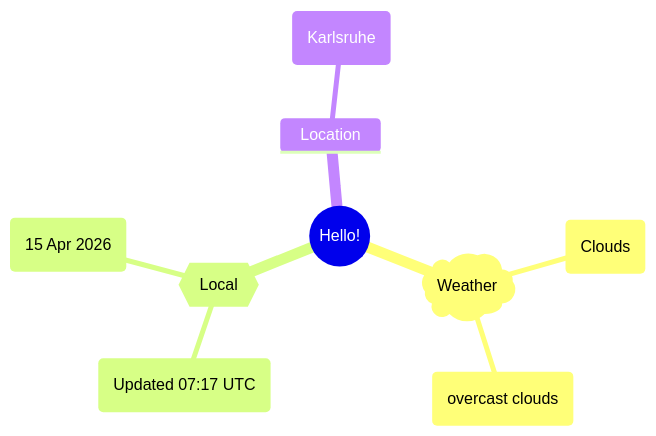
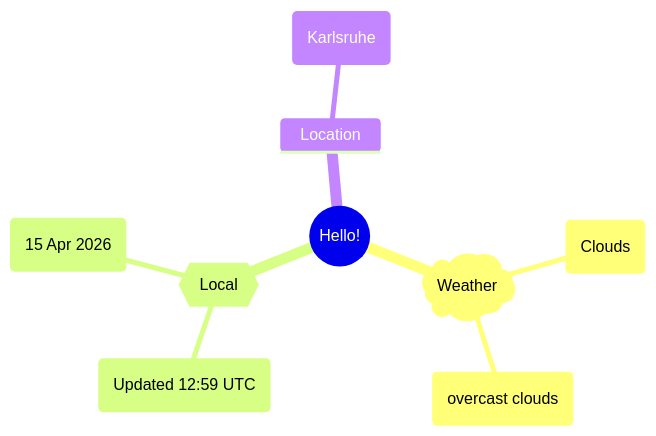
The first of 2 diagrams in README.md (Xosrov/Xosrov), drawn with Mermaid before and after one commit.

Commit message:
[bot] updated images

````diff
--- a/README.md
+++ b/README.md
@@ -3,12 +3,12 @@
 ```mermaid
 mindmap
   root((Hello!))
     )Weather(
         (Clouds)
         (overcast clouds)
     {{Local}}
-        (Updated 07:17 UTC)
+        (Updated 12:59 UTC)
         (15 Apr 2026)
     Location
         (Karlsruhe)
 ```
````
